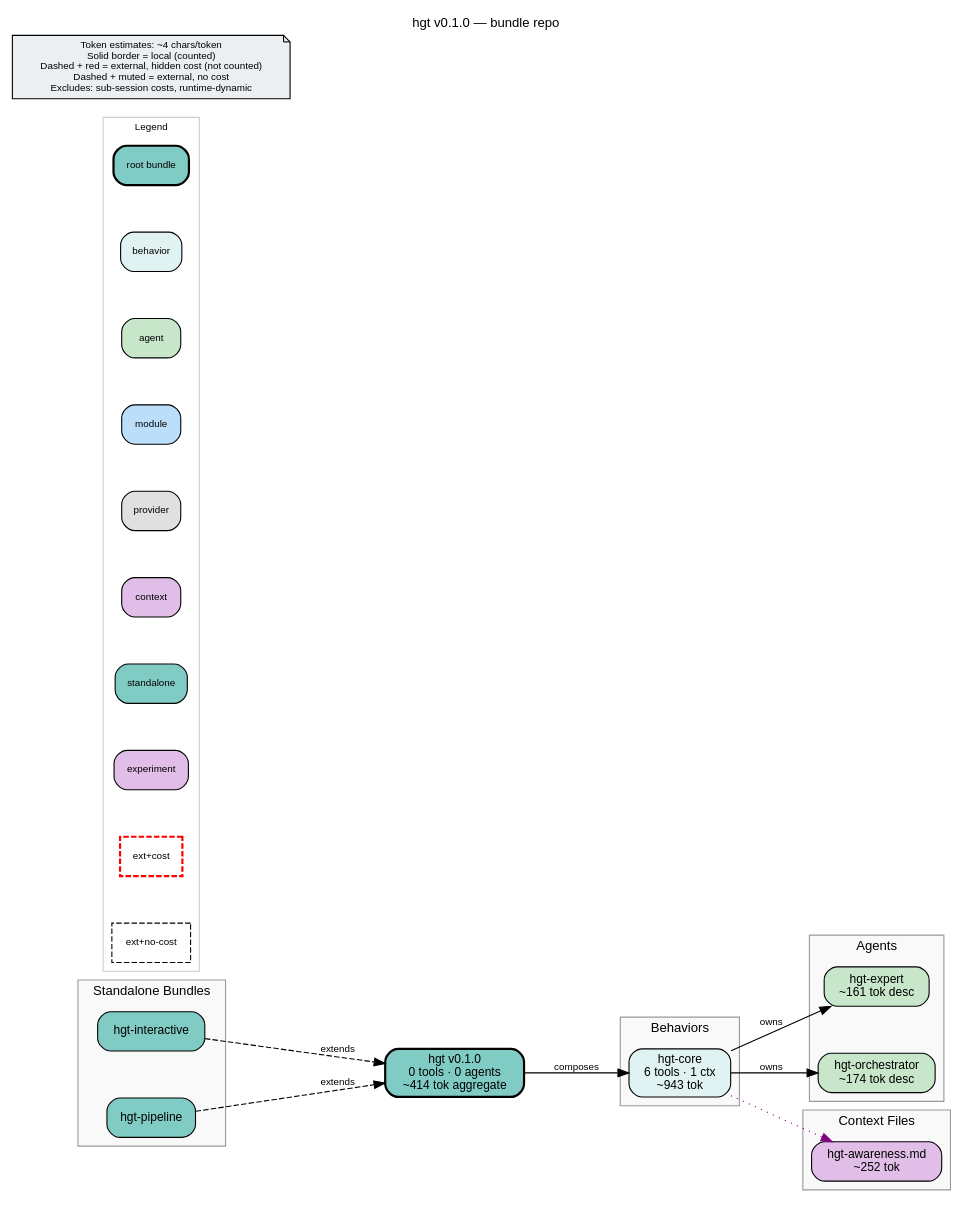
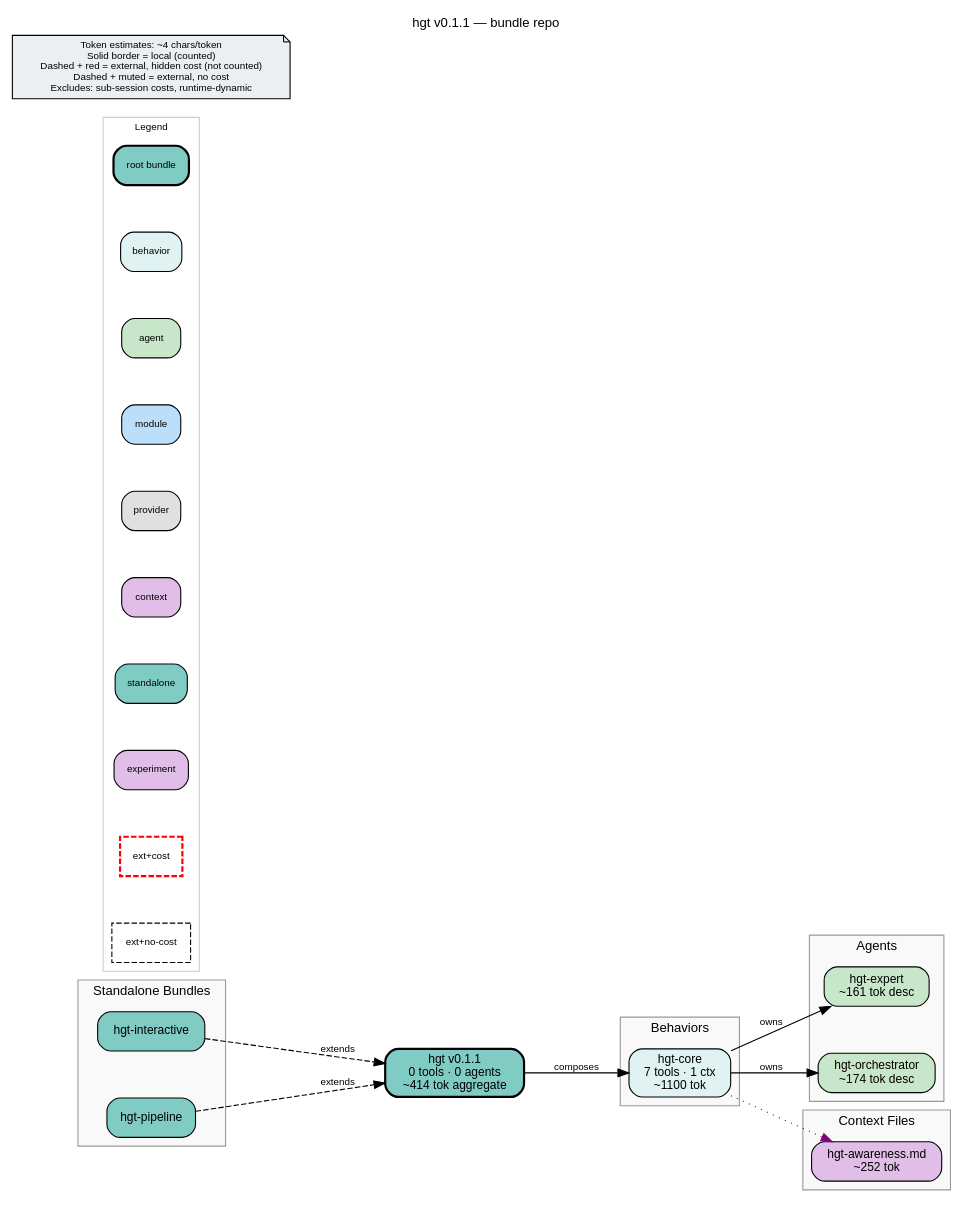
Before and after one commit to michaeljabbour/amplifier-bundle-genetransfer: the diagram in bundle.dot, drawn with Graphviz. The commit also changed 5 other files, not shown here.

```diff
--- a/bundle.dot
+++ b/bundle.dot
@@ -1,84 +1,84 @@
 digraph hgt {
     rankdir=LR
     fontname="Helvetica"
     fontsize=12
-    label="hgt v0.1.0 — bundle repo"
+    label="hgt v0.1.1 — bundle repo"
     labelloc=t
     labeljust=c
     nodesep=0.6
     ranksep=0.7
     bgcolor="white"
-    source_hash="f00637a1cc621304625cfb6e45862590ffff71a32f56d8df2c1134290ef4e94e"
+    source_hash="657403bffa44748f8d6b5641e23995c31f4f976fdf98ded6d19bfb4ef7c58e11"
 
     node [fontname="Helvetica", fontsize=11, style="filled,rounded"]
     edge [fontname="Helvetica", fontsize=9]
 
-    root_hgt [label="hgt v0.1.0\n0 tools · 0 agents\n~414 tok aggregate", shape=box, fillcolor="#80cbc4", style="filled,rounded,bold", penwidth=2]
+    root_hgt [label="hgt v0.1.1\n0 tools · 0 agents\n~414 tok aggregate", shape=box, fillcolor="#80cbc4", style="filled,rounded,bold", penwidth=2]
 
     subgraph cluster_behaviors {
         label="Behaviors"
         style="filled"
         fillcolor="#f9f9f9"
         color="#999999"
 
-        beh_hgt_core [label="hgt-core\n6 tools · 1 ctx\n~943 tok", shape=box, fillcolor="#e0f2f1", style="filled,rounded"]
+        beh_hgt_core [label="hgt-core\n7 tools · 1 ctx\n~1100 tok", shape=box, fillcolor="#e0f2f1", style="filled,rounded"]
     }
 
     subgraph cluster_standalones {
         label="Standalone Bundles"
         style="filled"
         fillcolor="#f9f9f9"
         color="#999999"
 
         sta_hgt_interactive [label="hgt-interactive", shape=box, fillcolor="#80cbc4", style="filled,rounded"]
         sta_hgt_pipeline [label="hgt-pipeline", shape=box, fillcolor="#80cbc4", style="filled,rounded"]
     }
 
     subgraph cluster_agents {
         label="Agents"
         style="filled"
         fillcolor="#f9f9f9"
         color="#999999"
 
         agt_hgt_expert [label="hgt-expert\n~161 tok desc", shape=box, fillcolor="#c8e6c9", style="filled,rounded"]
         agt_hgt_orchestrator [label="hgt-orchestrator\n~174 tok desc", shape=box, fillcolor="#c8e6c9", style="filled,rounded"]
     }
 
     subgraph cluster_context {
         label="Context Files"
         style="filled"
         fillcolor="#f9f9f9"
         color="#999999"
 
         ctx_hgt_awareness_md [label="hgt-awareness.md\n~252 tok", shape=box, fillcolor="#e1bee7", style="filled,rounded"]
     }
 
     subgraph cluster_legend {
         label="Legend"
         style="filled"
         fillcolor="white"
         color="#cccccc"
         fontsize=9
 
         leg_root [label="root bundle", shape=box, fillcolor="#80cbc4", style="filled,rounded,bold", fontsize=9]
         leg_behavior [label="behavior", shape=box, fillcolor="#e0f2f1", style="filled,rounded", fontsize=9]
         leg_agent [label="agent", shape=box, fillcolor="#c8e6c9", style="filled,rounded", fontsize=9]
         leg_module [label="module", shape=box, fillcolor="#bbdefb", style="filled,rounded", fontsize=9]
         leg_provider [label="provider", shape=box, fillcolor="#e0e0e0", style="filled,rounded", fontsize=9]
         leg_context [label="context", shape=box, fillcolor="#e1bee7", style="filled,rounded", fontsize=9]
         leg_standalone [label="standalone", shape=box, fillcolor="#80cbc4", style="filled,rounded", fontsize=9]
         leg_experiment [label="experiment", shape=box, fillcolor="#e1bee7", style="filled,rounded", fontsize=9]
         leg_ext_cost [label="ext+cost", shape=box, fillcolor="#80cbc4", style="dashed", color="red", penwidth=2, fontsize=9]
         leg_ext_muted [label="ext+no-cost", shape=box, fillcolor="#f5f5f5", style="dashed", fontsize=9]
     }
 
     disclaimer [label="Token estimates: ~4 chars/token\nSolid border = local (counted)\nDashed + red = external, hidden cost (not counted)\nDashed + muted = external, no cost\nExcludes: sub-session costs, runtime-dynamic", shape=note, fillcolor="#eceff1", style="filled", fontsize=9]
 
 
     root_hgt -> beh_hgt_core [label="composes"]
     beh_hgt_core -> agt_hgt_orchestrator [label="owns"]
     beh_hgt_core -> agt_hgt_expert [label="owns"]
     beh_hgt_core -> ctx_hgt_awareness_md [style=dotted, color=purple]
     sta_hgt_interactive -> root_hgt [label="extends", style=dashed]
     sta_hgt_pipeline -> root_hgt [label="extends", style=dashed]
 }
```
